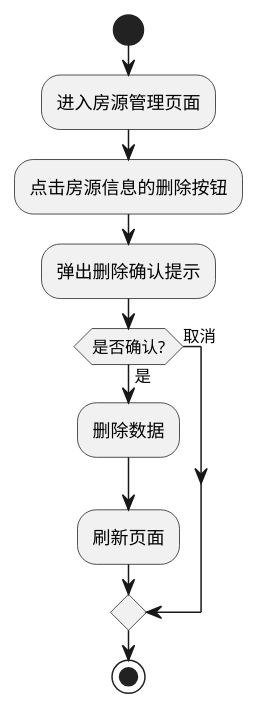
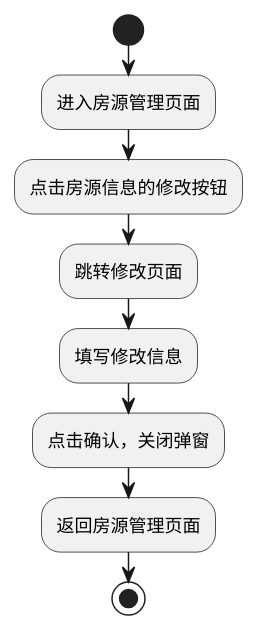
One commit to grimesapple/springGarden changed the diagram in resource/活动图/修改房源活动图.puml. Above: the diagram before and after it, drawn with PlantUML. The commit also changed 52 other files, not shown here.

```diff
--- a/resource/活动图/修改房源活动图.puml
+++ b/resource/活动图/修改房源活动图.puml
@@ -1,14 +1,13 @@
 @startuml
+'https://plantuml.com/activity-diagram-beta
 
 start
 :进入房源管理页面;
-:点击房源信息的删除按钮;
-:弹出删除确认提示;
-if (是否确认?) is (是) then
-  :删除数据;
-  :刷新页面;
-else (取消)
-endif
+:点击房源信息的修改按钮;
+:跳转修改页面;
+:填写修改信息;
+:点击确认，关闭弹窗;
+:返回房源管理页面;
 stop
 
 @enduml
```
